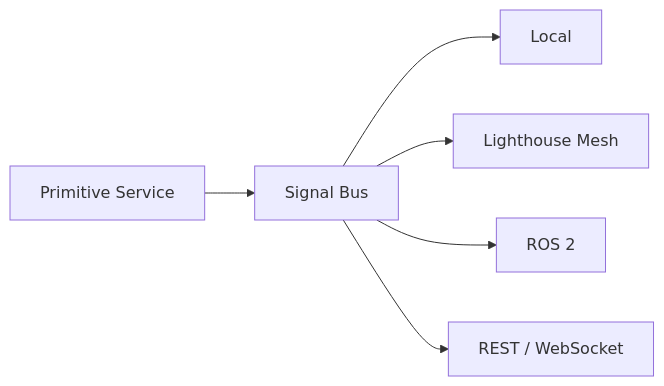
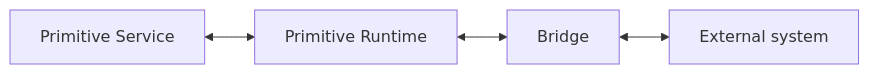
One commit to ROSMicroPy/RobotPrimitivesStack changed the fourth of 5 diagrams in README.md. Above: the diagram before and after it, drawn with Mermaid. The commit also changed other lines of this file, not shown here.

````diff
--- a/README.md
+++ b/README.md
@@ -723,12 +792,11 @@
-```mermaid
+~~~mermaid
 flowchart LR
     SERVICE["Primitive Service"]
-    BUS["Signal Bus"]
+    RUNTIME["Primitive Runtime"]
+    BRIDGE["Bridge"]
+    EXTERNAL["External system"]
 
-    SERVICE --> BUS
-
-    BUS --> LOCAL["Local"]
-    BUS --> LIGHT["Lighthouse Mesh"]
-    BUS --> ROS["ROS 2"]
-    BUS --> REST["REST / WebSocket"]
-```
+    SERVICE <--> RUNTIME
+    RUNTIME <--> BRIDGE
+    BRIDGE <--> EXTERNAL
+~~~
````
